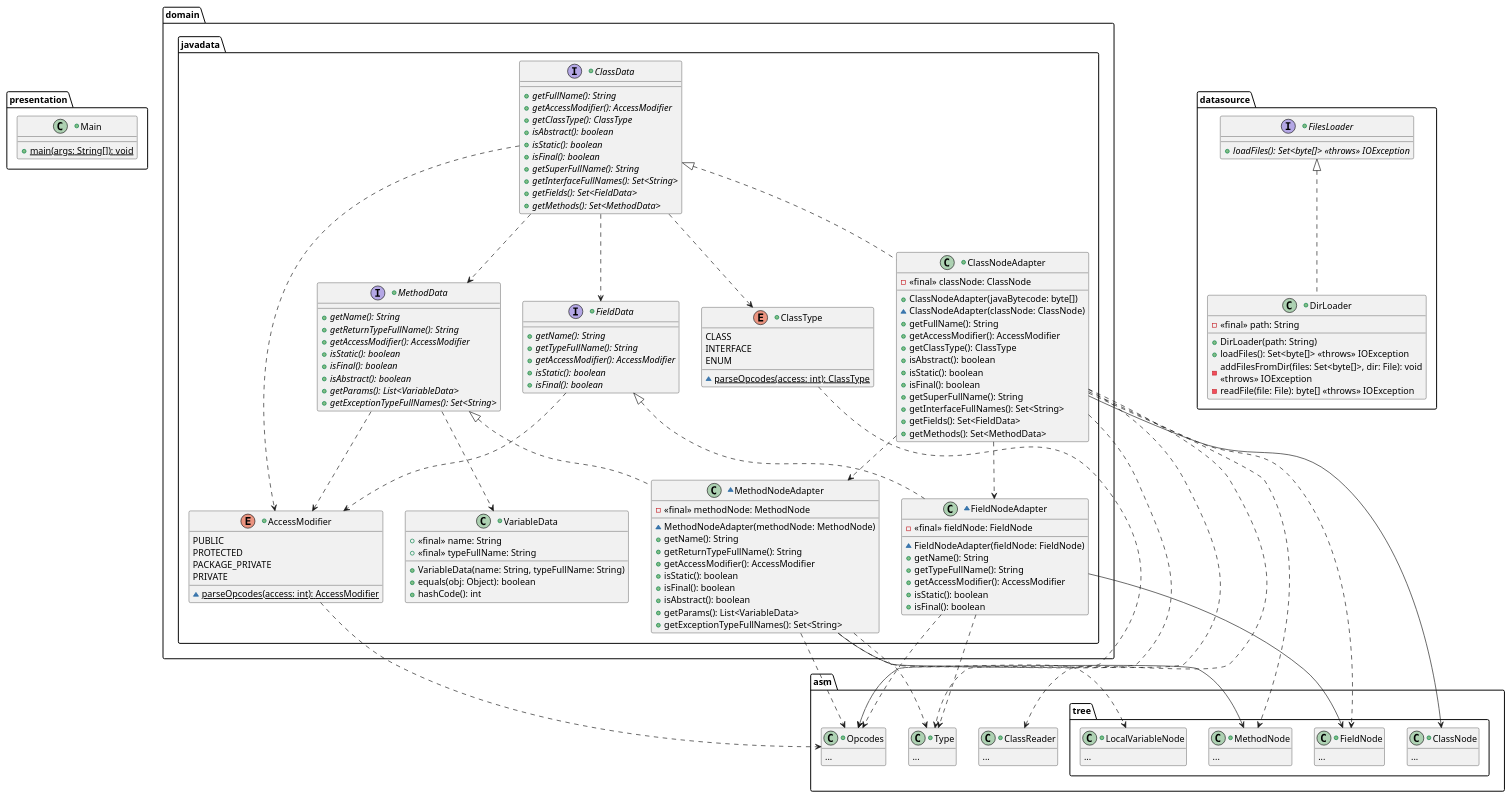
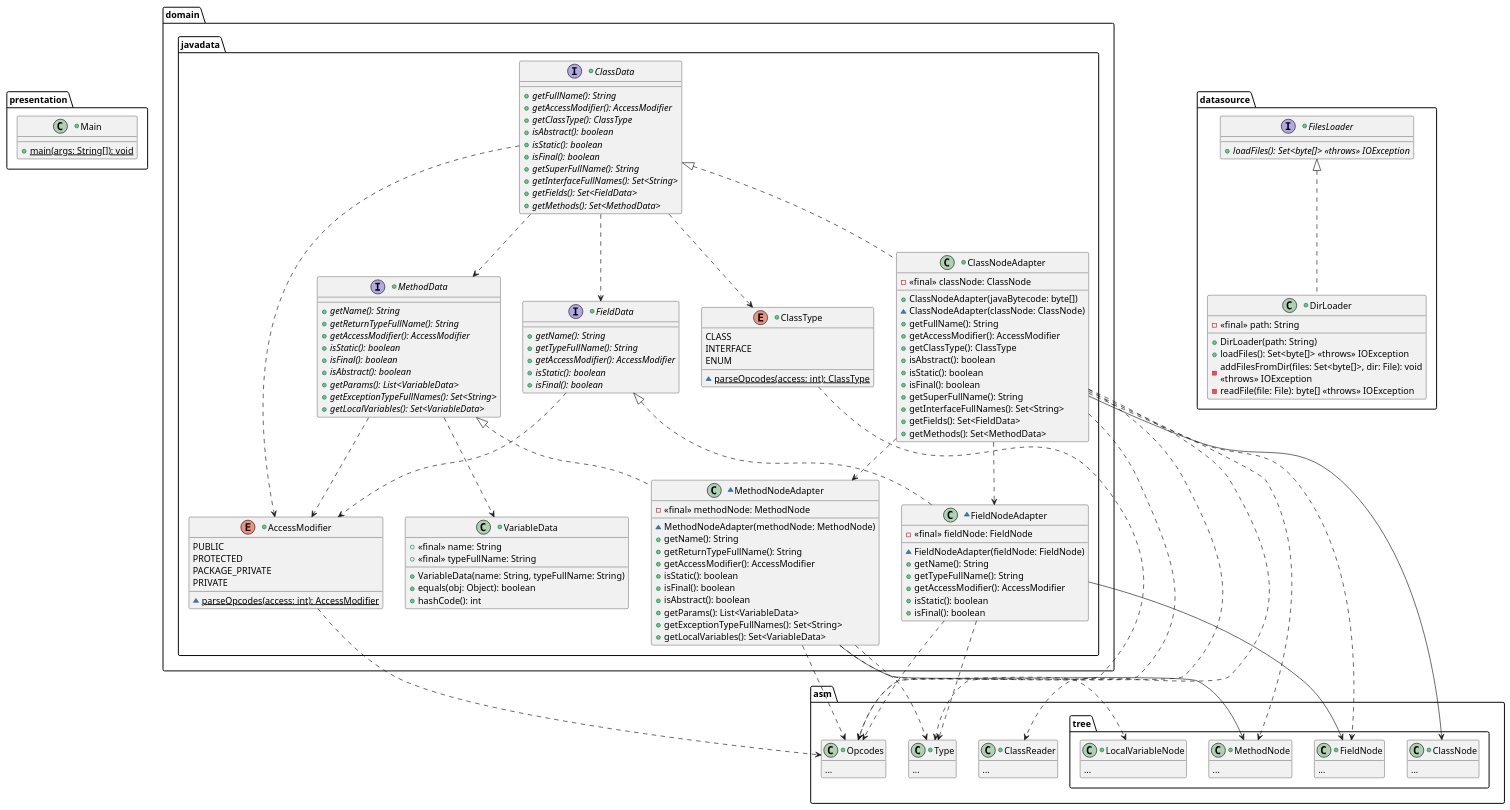
Before and after one commit to mkacct/csse375-project-2.1: the diagram in design.puml, drawn with PlantUML. The commit also changed 3 other files, not shown here.

Commit message:
Add getLocalVariables() method

```diff
--- a/design.puml
+++ b/design.puml
@@ -80,6 +80,7 @@
 			+ {abstract} isAbstract(): boolean
 			+ {abstract} getParams(): List<VariableData>
 			+ {abstract} getExceptionTypeFullNames(): Set<String>
+			+ {abstract} getLocalVariables(): Set<VariableData>
 		}
 
 		MethodData ..> AccessModifier
@@ -141,6 +142,7 @@
 			+ isAbstract(): boolean
 			+ getParams(): List<VariableData>
 			+ getExceptionTypeFullNames(): Set<String>
+			+ getLocalVariables(): Set<VariableData>
 		}
 
 		MethodData <|.. MethodNodeAdapter
```
